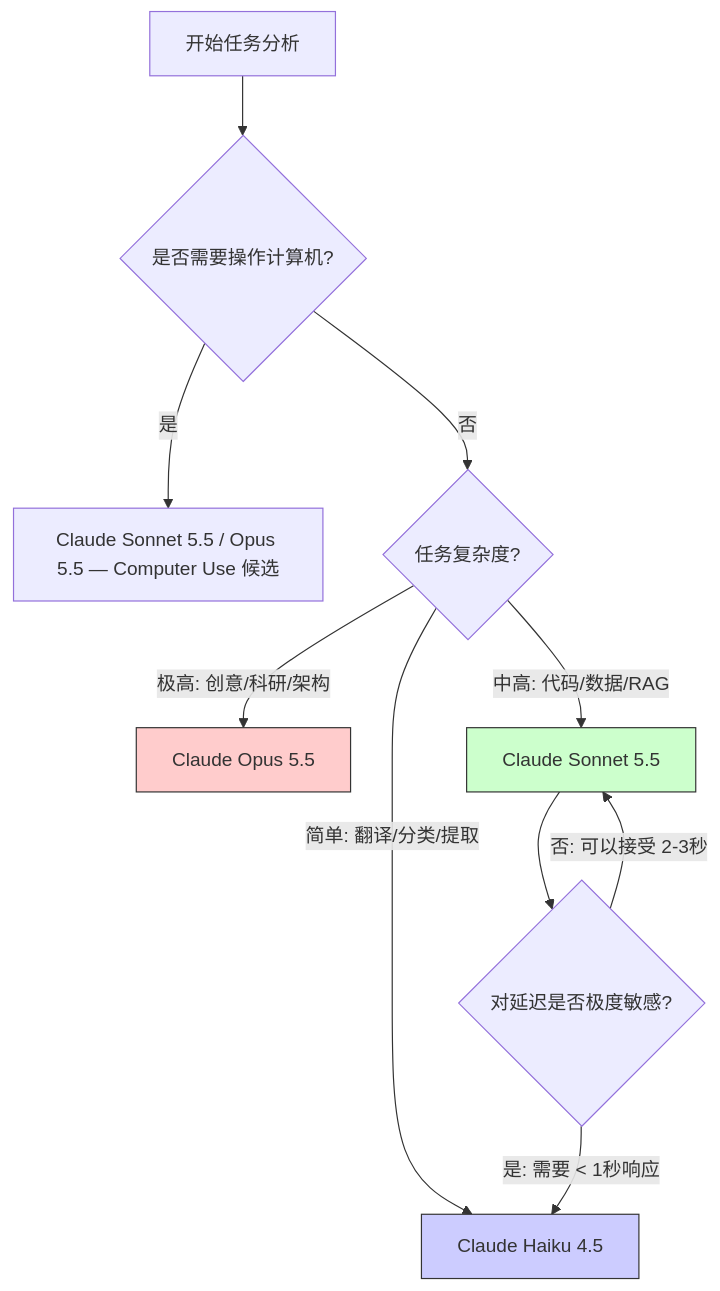
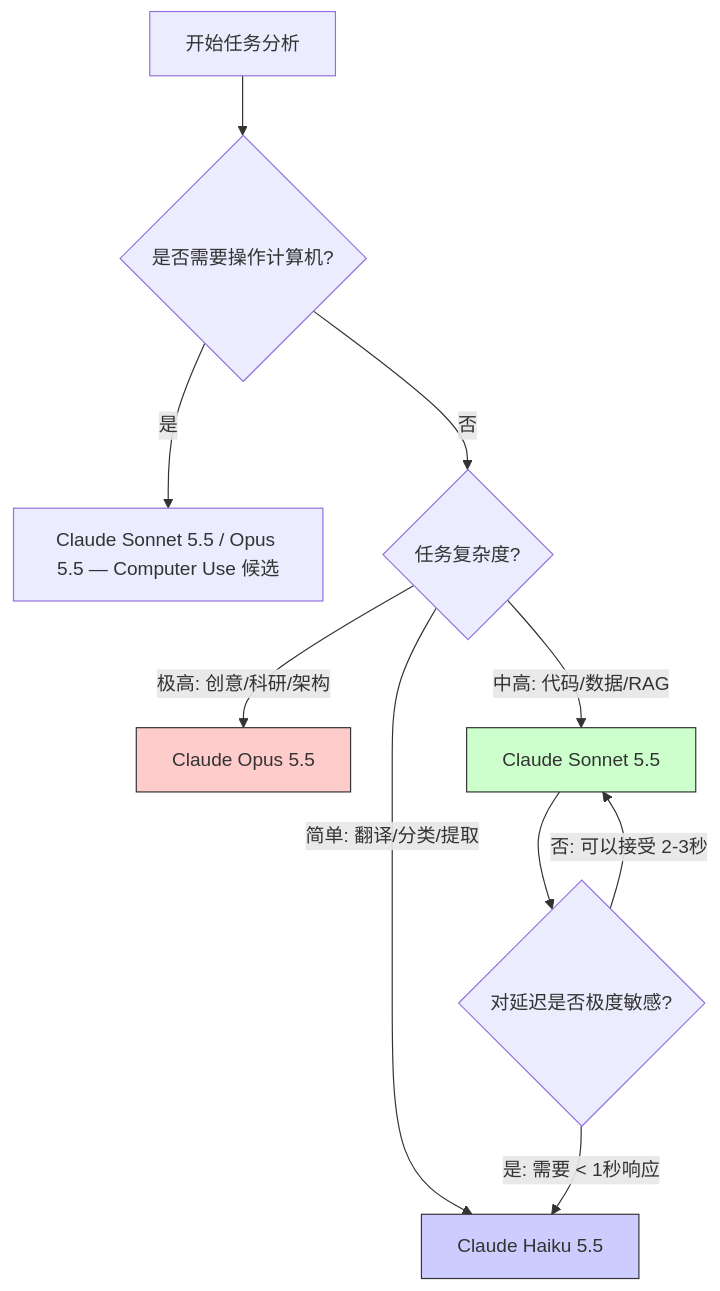
One commit to yeasy/claude_guide changed the first of 2 diagrams in 01_intro/1.4_model_selection.md. Above: the diagram before and after it, drawn with Mermaid. The commit also changed other lines of this file and 9 other files, not shown here.

````diff
--- a/01_intro/1.4_model_selection.md
+++ b/01_intro/1.4_model_selection.md
@@ -17,18 +17,18 @@
 ```mermaid
 graph TD
     Start["开始任务分析"] --> Q1{"是否需要操作计算机?"}
     Q1 -- "是" --> OpCS["Claude Sonnet 5.5 / Opus 5.5 — Computer Use 候选"]
     Q1 -- "否" --> Q2{"任务复杂度?"}
 
     Q2 -- "极高: 创意/科研/架构" --> Opus["Claude Opus 5.5"]
     Q2 -- "中高: 代码/数据/RAG" --> Sonnet["Claude Sonnet 5.5"]
-    Q2 -- "简单: 翻译/分类/提取" --> Haiku["Claude Haiku 4.5"]
+    Q2 -- "简单: 翻译/分类/提取" --> Haiku["Claude Haiku 5.5"]
 
     Sonnet --> Q3{"对延迟是否极度敏感?"}
     Q3 -- "是: 需要 < 1秒响应" --> Haiku
     Q3 -- "否: 可以接受 2-3秒" --> Sonnet
 
     style Opus fill:#ffcccc,stroke:#333
     style Sonnet fill:#ccffcc,stroke:#333
     style Haiku fill:#ccccff,stroke:#333
 ```
````
